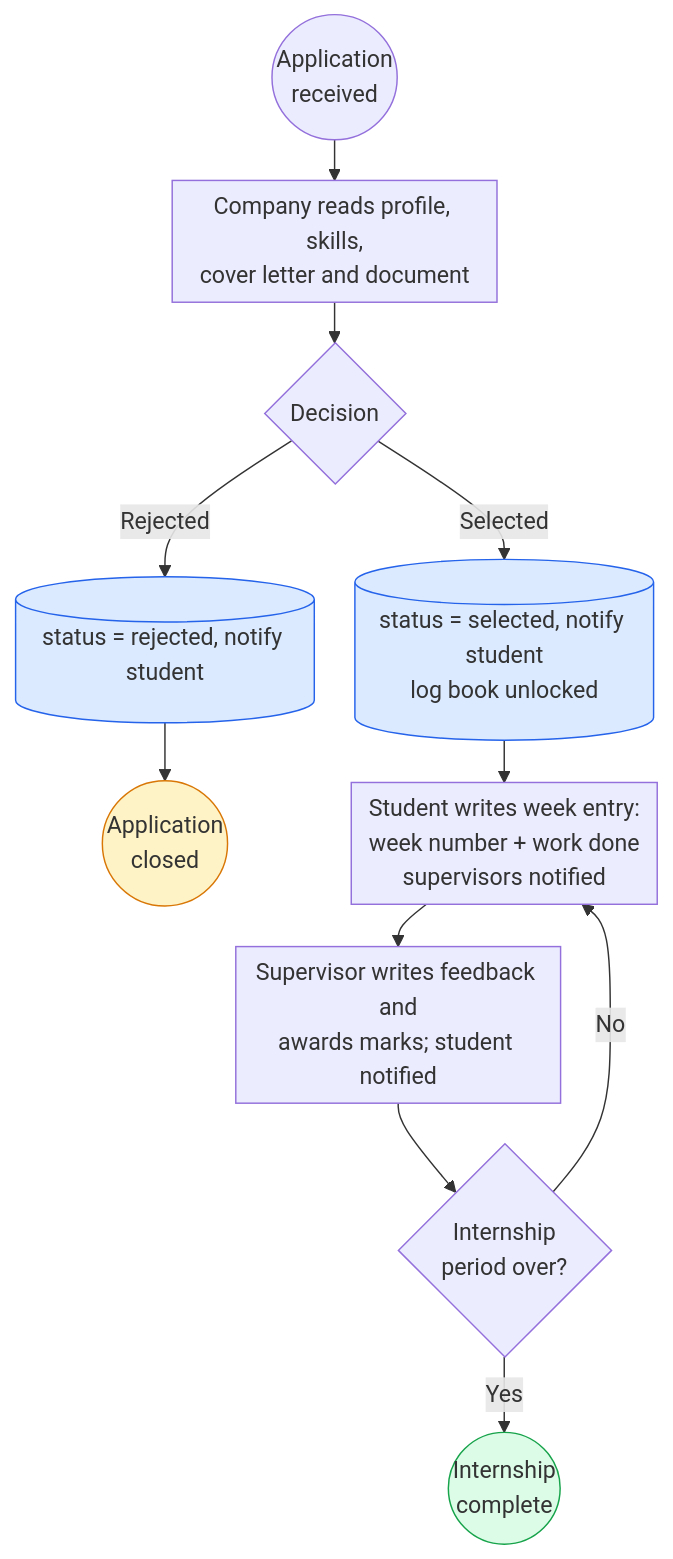
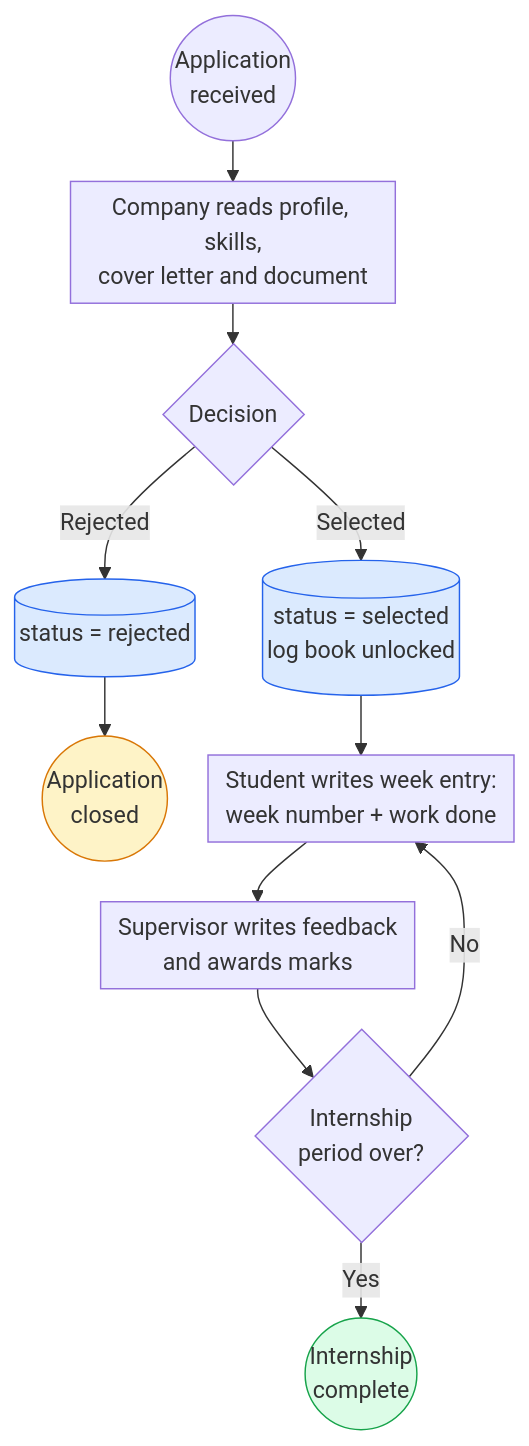
Before and after one commit to RamSinghKarki/Internship_Portal: the fifth of 9 diagrams in docs/Internship_Portal_Report.md, drawn with Mermaid. The commit also changed other lines of this file and 43 other files, not shown here.

First line of the commit message:
Rebuild every document around the 8-table schema

````diff
--- a/docs/Internship_Portal_Report.md
+++ b/docs/Internship_Portal_Report.md
@@ -816,18 +799,18 @@
 ```mermaid
 %%{init: {"flowchart": {"rankSpacing": 28, "nodeSpacing": 28, "padding": 6}} }%%
 flowchart TD
     IN((Application<br/>received)) --> A15[Company reads profile, skills,<br/>cover letter and document]
     A15 --> D5{Decision}
-    D5 -->|Rejected| A17[(status = rejected, notify student)]
+    D5 -->|Rejected| A17[(status = rejected)]
     A17 --> END2((Application<br/>closed))
-    D5 -->|Selected| A19[(status = selected, notify student<br/>log book unlocked)]
-    A19 --> A22[Student writes week entry:<br/>week number + work done<br/>supervisors notified]
-    A22 --> A25[Supervisor writes feedback and<br/>awards marks; student notified]
+    D5 -->|Selected| A19[(status = selected<br/>log book unlocked)]
+    A19 --> A22[Student writes week entry:<br/>week number + work done]
+    A22 --> A25[Supervisor writes feedback<br/>and awards marks]
     A25 --> D6{Internship<br/>period over?}
     D6 -->|No| A22
     D6 -->|Yes| END3((Internship<br/>complete))
     style A17 fill:#dbeafe,stroke:#2563eb
     style A19 fill:#dbeafe,stroke:#2563eb
     style END2 fill:#fef3c7,stroke:#d97706
     style END3 fill:#dcfce7,stroke:#16a34a
 ```
````
